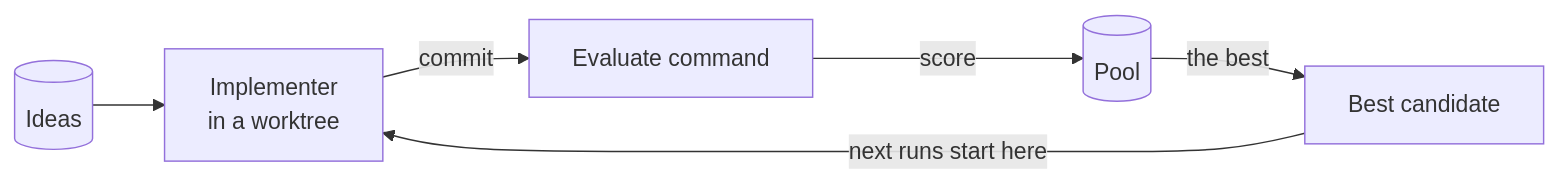
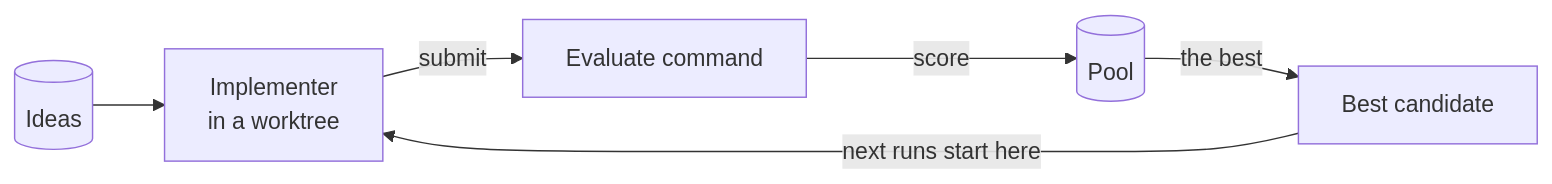
Before and after one commit to hiloopai/piloop: the diagram in docs/index.mdx, drawn with Mermaid. The commit also changed other lines of this file and 35 other files, not shown here.

````diff
--- a/docs/index.mdx
+++ b/docs/index.mdx
@@ -31,8 +31,8 @@
 ```mermaid
 flowchart LR
     B[(Ideas)] --> W[Implementer<br/>in a worktree]
-    W -->|commit| E[Evaluate command]
+    W -->|submit| E[Evaluate command]
     E -->|score| P[(Pool)]
     P -->|the best| H[Best candidate]
     H -->|next runs start here| W
 ```
````
